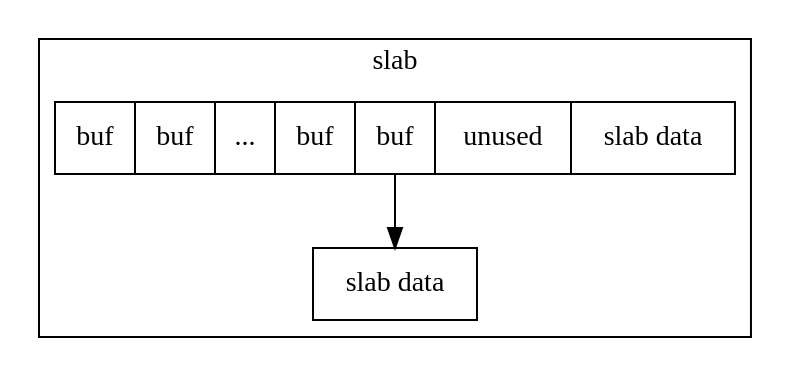
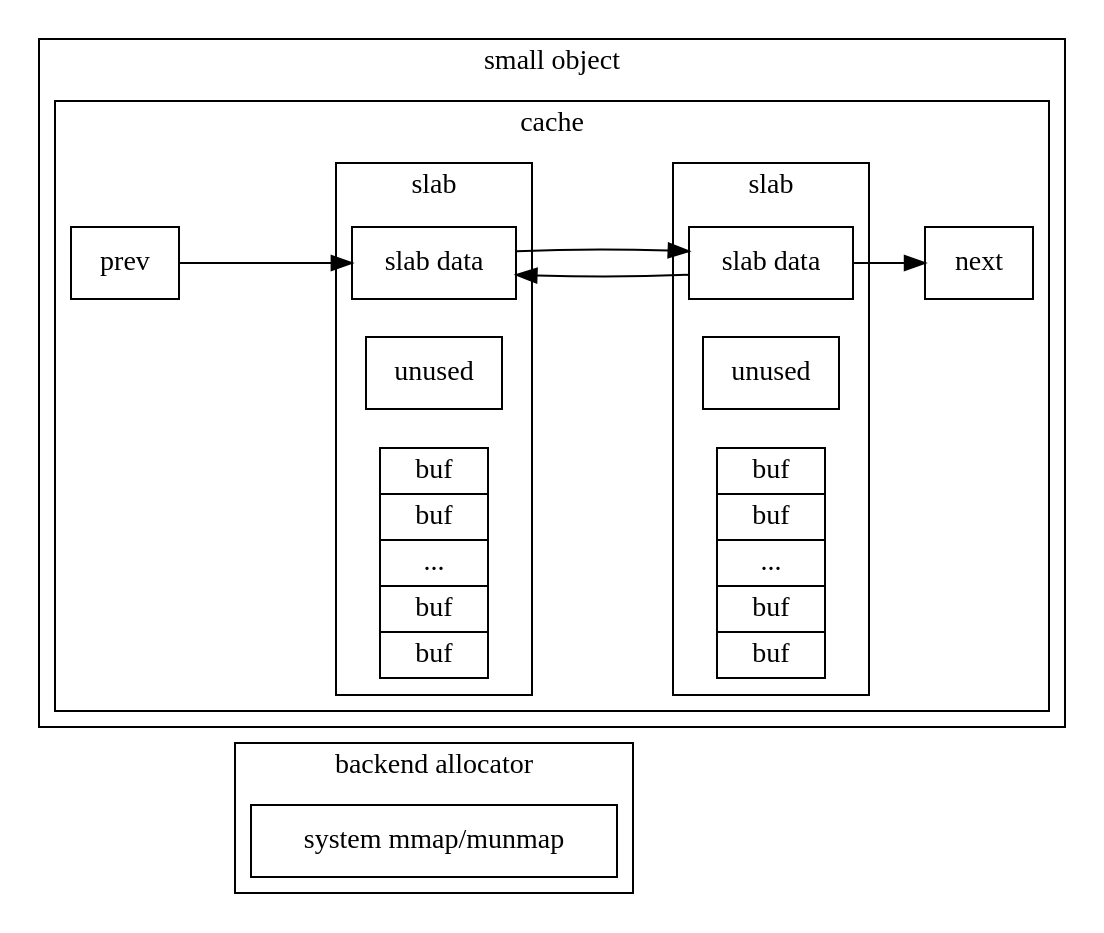
One commit to HanetakaChou/PatriotEngine changed the diagram in Document/XGL/MemoryAllocator.zh_CN.md. Above: the diagram before and after it, drawn with Graphviz.

Commit message:
update documents

````diff
--- a/Document/XGL/MemoryAllocator.zh_CN.md
+++ b/Document/XGL/MemoryAllocator.zh_CN.md
@@ -14,18 +14,59 @@
-```graphviz   
-digraph slab_allocator {    
-    
-    //rankdir=LR;
+```graphviz
+digraph slab_allocator {
+    rankdir=LR;
 
+    newrank="true"
 
-    subgraph cluster_slab{ 
-        label="slab";
+    { rank="same"; backend_allocator; cache_1_slab_1_end; }
 
-        slab_begin [shape = record, label = "<buf0> buf | <buf1> buf | ... | <buf2> buf | <buf3> buf | unused | <slab_data> slab data"];
+    subgraph cluster_backend_allocator {
+        label = "backend allocator";
 
-        slab_end [shape = record, label = "slab data", rank=1];
-
-       slab_begin -> slab_end;
+        backend_allocator[shape = box, label ="system mmap/munmap"];
     }
 
-}  
-```  
+    subgraph cluster_small_object{
+        label = "small object";
+
+        subgraph cluster_cache_1{
+            label = "cache";
+            
+            cache_1_slab_prev [shape = box, label ="prev"];
+            
+            subgraph cluster_cache_1_slab_1 {
+                label = "slab";
+                
+                rank="same";
+                
+                cache_1_slab_1_end [shape = record, label= "slab data"];
+                
+                cache_1_slab_1_unused [shape = record, label= "unused"];
+                
+                cache_1_slab_1_begin [shape = record, label = "buf | buf | ... | buf |  buf"];
+            }
+
+            subgraph cluster_cache_1_slab_2 {
+                label = "slab";
+            
+                rank="same";
+            
+                cache_1_slab_2_end [shape = record, label = "slab data"];  
+
+                cache_1_slab_2_unused [shape = record, label = "unused"];
+            
+                cache_1_slab_2_begin [shape = record, label = "buf | buf | ... | buf |  buf"];
+            }
+
+            cache_1_slab_next [shape = box, label ="next"];
+            
+            cache_1_slab_prev -> cache_1_slab_1_end;
+            
+            cache_1_slab_1_end -> cache_1_slab_2_end;
+            
+            cache_1_slab_2_end -> cache_1_slab_1_end;
+            
+            cache_1_slab_2_end -> cache_1_slab_next;
+        }
+    }
+}
+```
````
